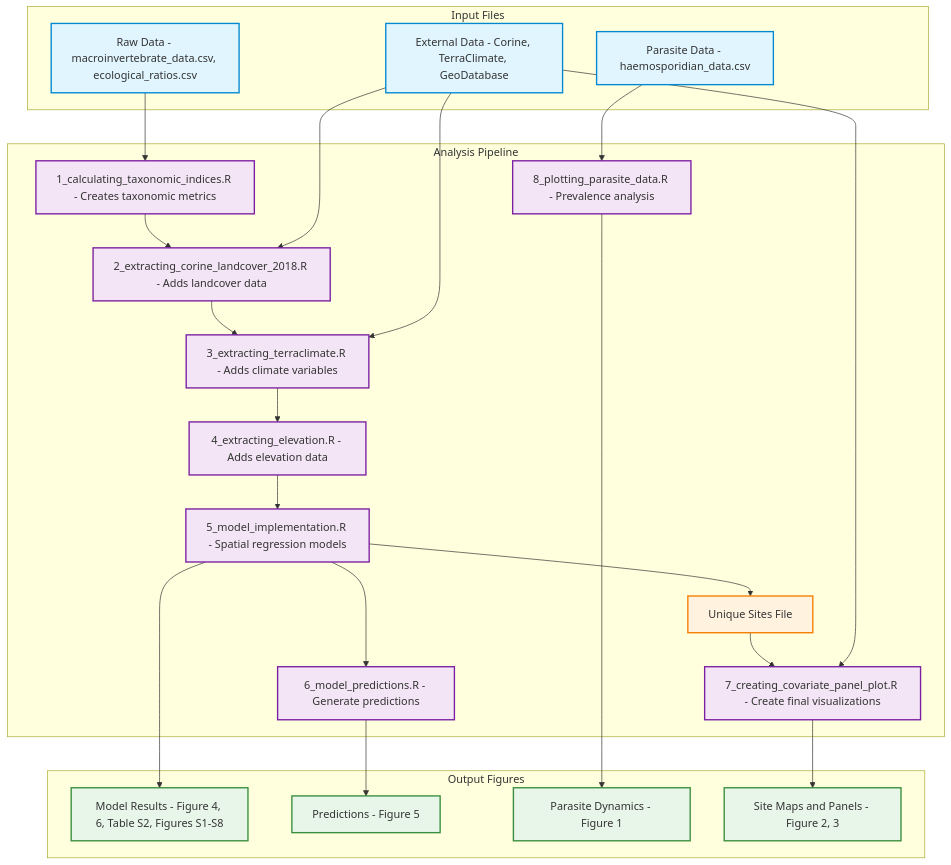
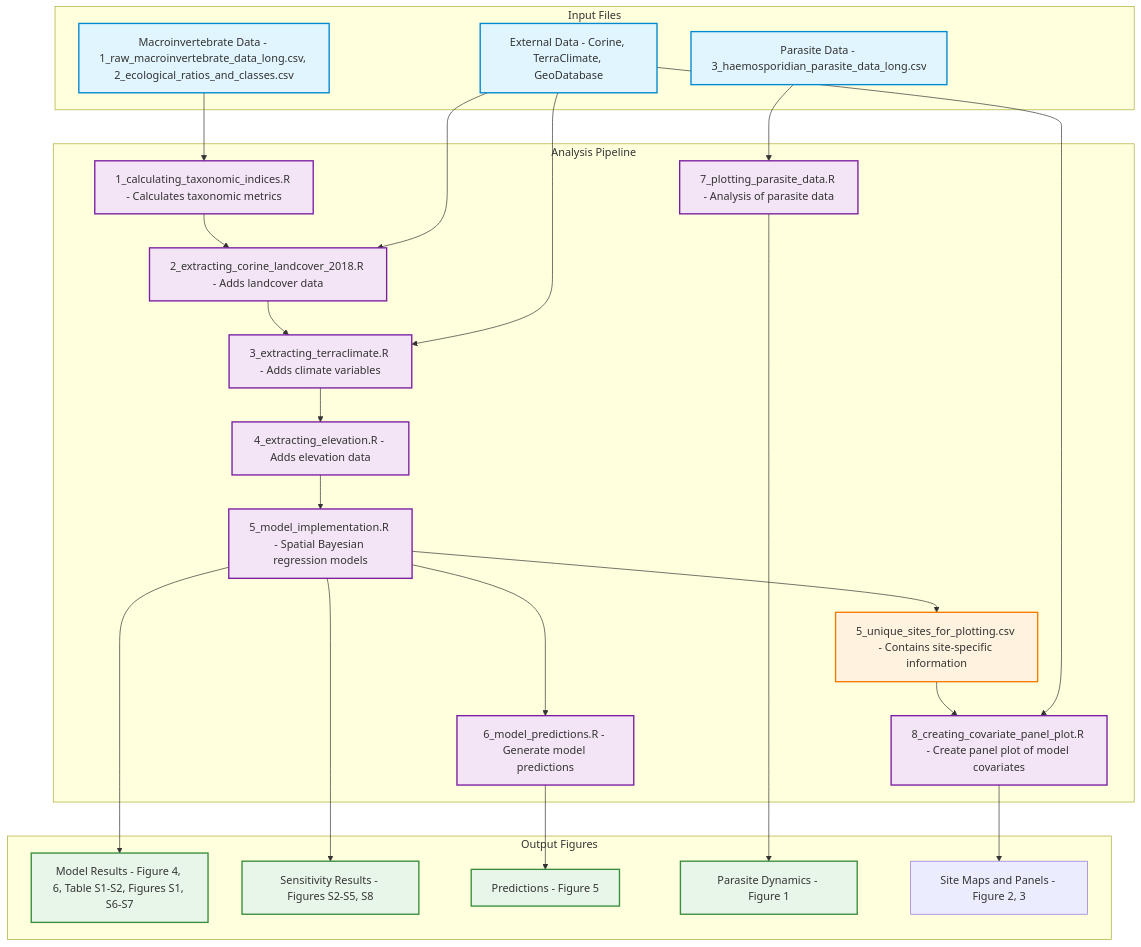
Before and after one commit to HeeeyNathan/Predicting_vector_abundance_in_Lithuania: the diagram in README.md, drawn with Mermaid.

Commit message:
More interking of READ.Me file

````diff
--- a/README.md
+++ b/README.md
@@ -151,41 +151,42 @@
 ```mermaid
 graph TD
     subgraph Input Files
-        R[Raw Data - macroinvertebrate_data.csv, ecological_ratios.csv]
-        P[Parasite Data - haemosporidian_data.csv]
+        R[Macroinvertebrate Data - 1_raw_macroinvertebrate_data_long.csv, 2_ecological_ratios_and_classes.csv]
+        P[Parasite Data - 3_haemosporidian_parasite_data_long.csv]
         E[External Data - Corine, TerraClimate, GeoDatabase]
     end
     
     subgraph Analysis Pipeline
-        R --> S1[1_calculating_taxonomic_indices.R - Creates taxonomic metrics]
+        R --> S1[1_calculating_taxonomic_indices.R - Calculates taxonomic metrics]
         S1 --> S2[2_extracting_corine_landcover_2018.R - Adds landcover data]
         E --> S2
         S2 --> S3[3_extracting_terraclimate.R - Adds climate variables]
         E --> S3
         S3 --> S4[4_extracting_elevation.R - Adds elevation data]
-        S4 --> S5[5_model_implementation.R - Spatial regression models]
-        S5 --> S6[6_model_predictions.R - Generate predictions]
-        S5 --> Sites[Unique Sites File]
-        Sites --> S8[7_creating_covariate_panel_plot.R - Create final visualizations]
+        S4 --> S5[5_model_implementation.R - Spatial Bayesian regression models]
+        S5 --> S6[6_model_predictions.R - Generate model predictions]
+        S5 --> Sites[5_unique_sites_for_plotting.csv - Contains site-specific information]
+        Sites --> S8[8_creating_covariate_panel_plot.R - Create panel plot of model covariates]
         E --> S8
-        P --> S7[8_plotting_parasite_data.R - Prevalence analysis]
+        P --> S7[7_plotting_parasite_data.R - Analysis of parasite data]
     end
     
     subgraph Output Figures
-        S5 --> O1[Model Results - Figure 4, 6, Table S2, Figures S1-S8]
-        S6 --> O2[Predictions - Figure 5]
-        S7 --> O3[Parasite Dynamics - Figure 1]
-        S8 --> O4[Site Maps and Panels - Figure 2, 3]
+        S5 --> O1[Model Results - Figure 4, 6, Table S1-S2, Figures S1, S6-S7]
+        S5 --> O2[Sensitivity Results - Figures S2-S5, S8]
+        S6 --> O3[Predictions - Figure 5]
+        S7 --> O4[Parasite Dynamics - Figure 1]
+        S8 --> O5[Site Maps and Panels - Figure 2, 3]
     end
     
     %% Styling
     classDef input fill:#e1f5fe,stroke:#0288d1,stroke-width:2px;
     classDef script fill:#f3e5f5,stroke:#7b1fa2,stroke-width:2px;
     classDef output fill:#e8f5e9,stroke:#388e3c,stroke-width:2px;
     classDef intermediate fill:#fff3e0,stroke:#f57c00,stroke-width:2px;
     
     class R,P,E input;
     class S1,S2,S3,S4,S5,S6,S7,S8 script;
     class O1,O2,O3,O4 output;
     class Sites intermediate;
 ```
````
